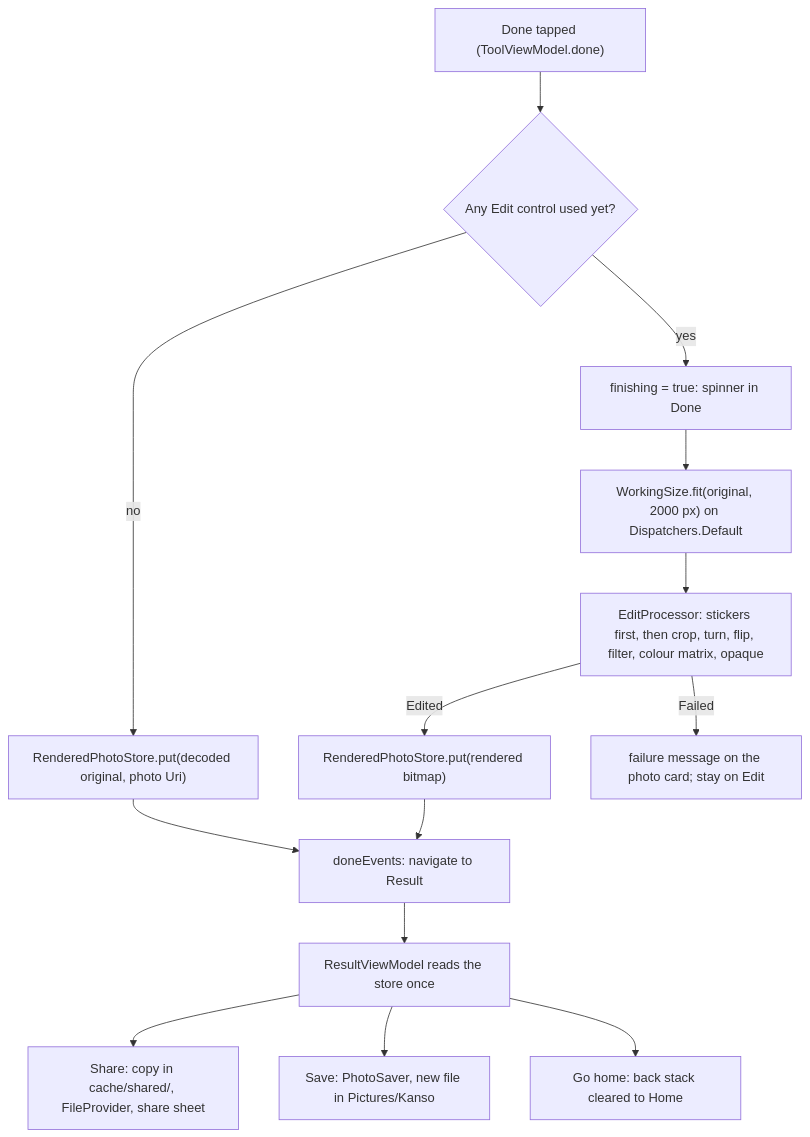
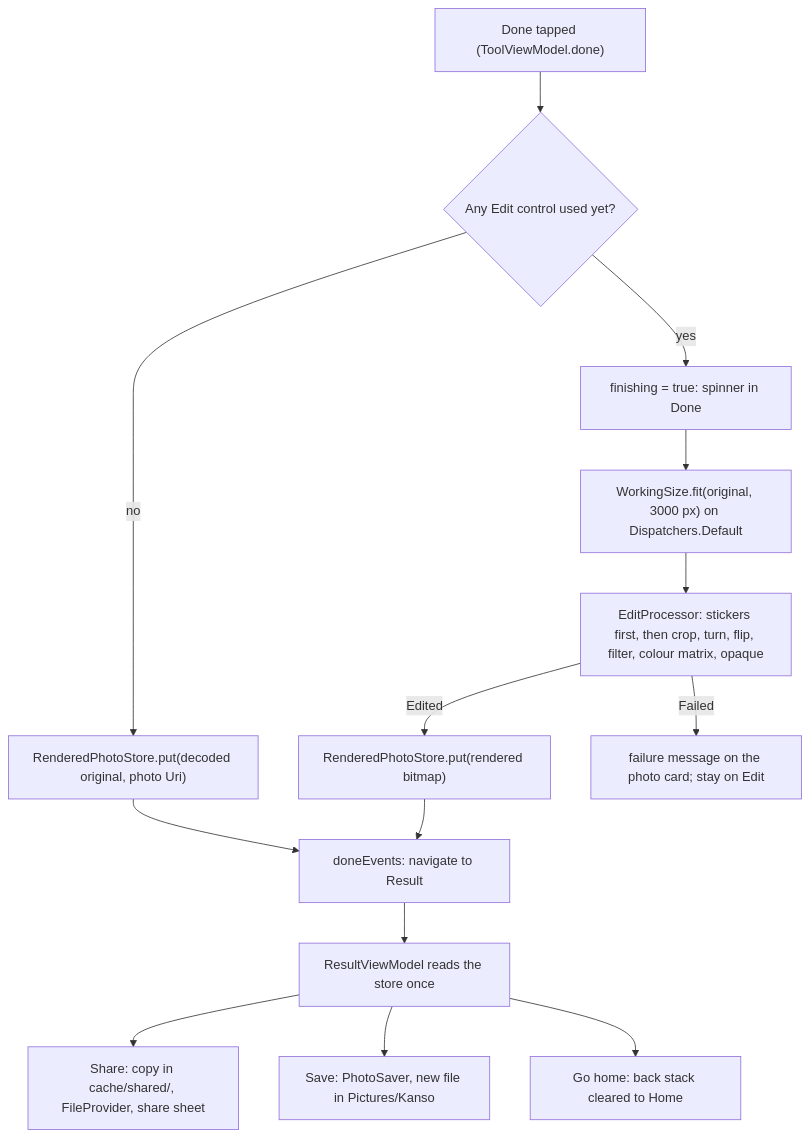
Before and after one commit to Phong-Kaster/Kanso: the fourth of 4 diagrams in docs/features/edit.md, drawn with Mermaid. The commit also changed other lines of this file and 14 other files, not shown here.

````diff
--- a/docs/features/edit.md
+++ b/docs/features/edit.md
@@ -297,16 +297,16 @@
 ```mermaid
 flowchart TD
     D["Done tapped (ToolViewModel.done)"] --> N{"Any Edit control used yet?"}
     N -->|no| H0["RenderedPhotoStore.put(decoded original, photo Uri)"]
     N -->|yes| F["finishing = true: spinner in Done"]
-    F --> W["WorkingSize.fit(original, 2000 px) on Dispatchers.Default"]
+    F --> W["WorkingSize.fit(original, 3000 px) on Dispatchers.Default"]
     W --> E["EditProcessor: stickers first, then crop, turn, flip, filter, colour matrix, opaque"]
     E -->|Edited| H1["RenderedPhotoStore.put(rendered bitmap)"]
     E -->|Failed| X["failure message on the photo card; stay on Edit"]
     H0 --> R["doneEvents: navigate to Result"]
     H1 --> R
     R --> V["ResultViewModel reads the store once"]
     V --> SH["Share: copy in cache/shared/, FileProvider, share sheet"]
     V --> SV["Save: PhotoSaver, new file in Pictures/Kanso"]
     V --> GH["Go home: back stack cleared to Home"]
 ```
````
